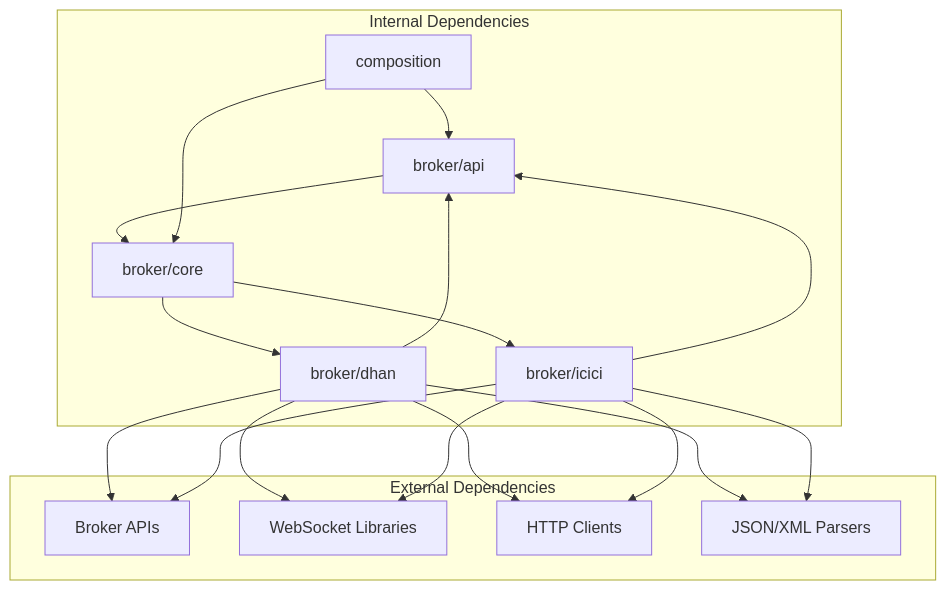
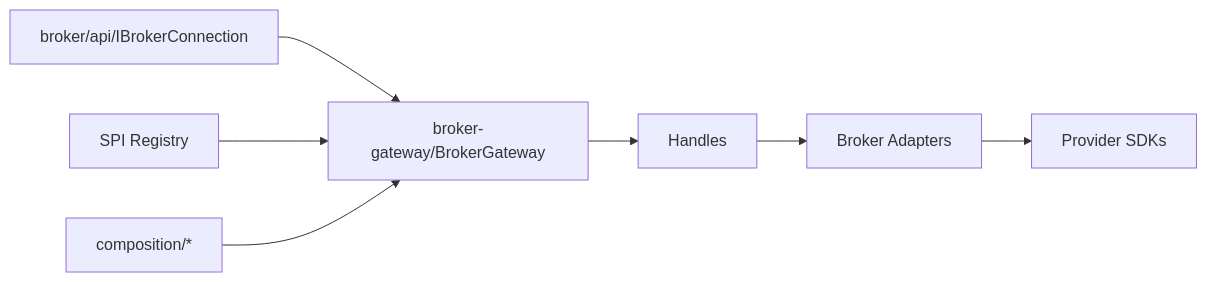
The seventh of 7 diagrams in .qoder/repowiki/en/content/Broker Integration System/Broker Integration System.md (Ganesh-Kusundal/Trade_J), drawn with Mermaid before and after one commit. The commit also changed other lines of this file and 1178 other files, not shown here.

````diff
--- a/.qoder/repowiki/en/content/Broker Integration System/Broker Integration System.md
+++ b/.qoder/repowiki/en/content/Broker Integration System/Broker Integration System.md
@@ -361,31 +409,9 @@
 ```mermaid
-graph TB
-subgraph "External Dependencies"
-EXT1["Broker APIs"]
-EXT2["WebSocket Libraries"]
-EXT3["HTTP Clients"]
-EXT4["JSON/XML Parsers"]
-end
-subgraph "Internal Dependencies"
-API["broker/api"]
-CORE["broker/core"]
-DHAN["broker/dhan"]
-ICICI["broker/icici"]
-COMP["composition"]
-end
-API --> CORE
-CORE --> DHAN
-CORE --> ICICI
-DHAN --> API
-ICICI --> API
-COMP --> API
-COMP --> CORE
-DHAN --> EXT1
-DHAN --> EXT2
-DHAN --> EXT3
-DHAN --> EXT4
-ICICI --> EXT1
-ICICI --> EXT2
-ICICI --> EXT3
-ICICI --> EXT4
+graph LR
+API["broker/api/IBrokerConnection"] --> GW["broker-gateway/BrokerGateway"]
+SPI["SPI Registry"] --> GW
+GW --> H["Handles"]
+H --> ADP["Broker Adapters"]
+ADP --> PSDK["Provider SDKs"]
+COMP["composition/*"] --> GW
 ```
````
